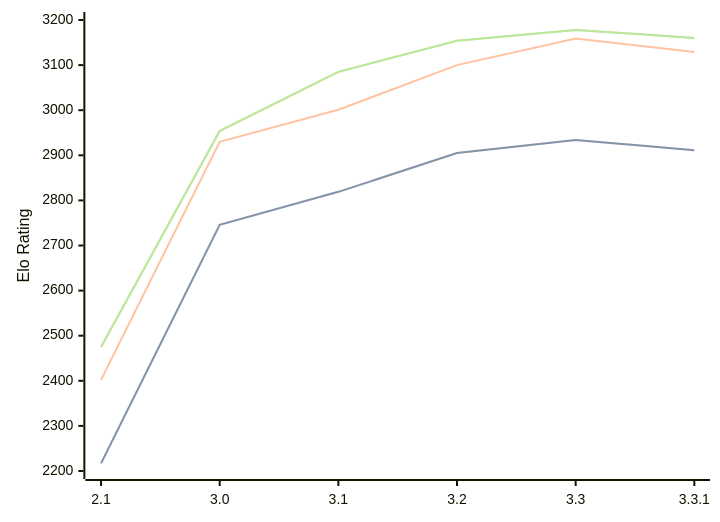
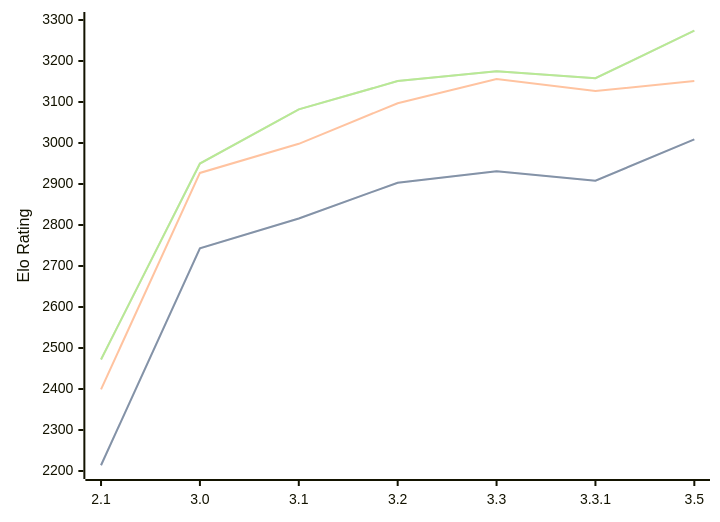
Before and after one commit to computer-chess-index/cci: the diagram in engines/Petrel.md, drawn with Mermaid. The commit also changed other lines of this file, not shown here.

Commit message:
Update CCI Ratings (ELO VLTC) - 2026-06-08

````diff
--- a/engines/Petrel.md
+++ b/engines/Petrel.md
@@ -46,11 +46,11 @@
 ```mermaid
 %%{init: {"theme":"base","themeVariables":{"seriesColors:['#a3a3a3','#222221','#faa371']}}}%%
 xychart-beta
-  x-axis ["2.1", "3.0", "3.1", "3.2", "3.3", "3.3.1"]
-  y-axis "Elo Rating" 2200 --> 3200
-  line "STC (8.0+0.08s)" [2217, 2746, 2819, 2905, 2934, 2911]
-  line "STC (8.0+0.08s)" [2217, 2746, 2819, 2905, 2934, 2911]
-  line "LTC (60.0+0.60s)" [2402, 2930, 3001, 3100, 3159, 3129]
-  line "VLTC (2m24s+1.12s)" [2475, 2954, 3085, 3154, 3178, 3160]
-  line "VLTC (2m24s+1.12s)" [2475, 2954, 3085, 3154, 3178, 3160]
+  x-axis ["2.1", "3.0", "3.1", "3.2", "3.3", "3.3.1", "3.5"]
+  y-axis "Elo Rating" 2200 --> 3300
+  line "STC (8.0+0.08s)" [2214, 2743, 2816, 2903, 2931, 2908, 3009]
+  line "STC (8.0+0.08s)" [2214, 2743, 2816, 2903, 2931, 2908, 3009]
+  line "LTC (60.0+0.60s)" [2399, 2927, 2998, 3097, 3156, 3127, 3151]
+  line "VLTC (2m24s+1.12s)" [2472, 2950, 3082, 3151, 3175, 3158, 3274]
+  line "VLTC (2m24s+1.12s)" [2472, 2950, 3082, 3151, 3175, 3158, 3274]
 ```
````
